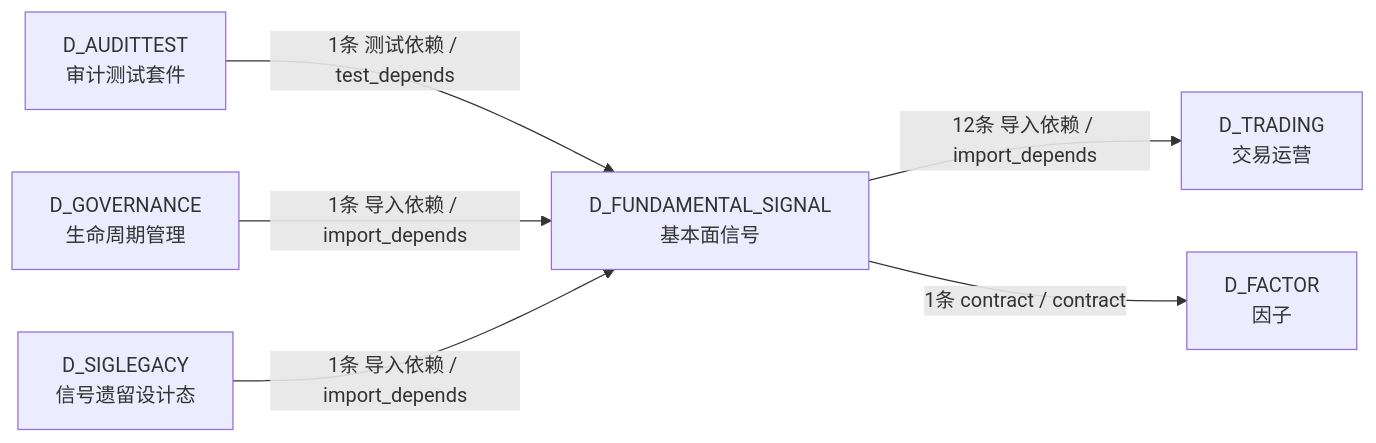
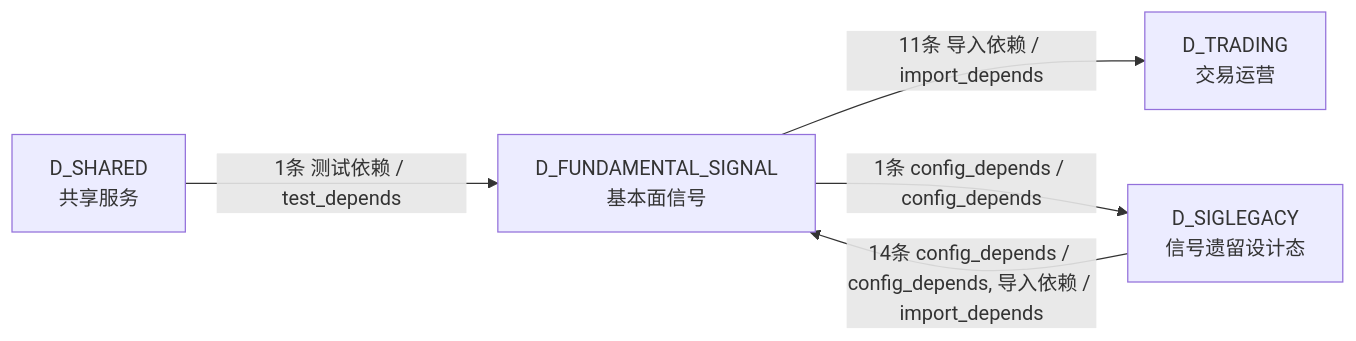
Before and after one commit to xuanFelixVan/ZephyrAlpha: the fourth of 4 diagrams in docs/02_enterprise_architecture/02_domain_architecture_docs/35_d_fundamental_signal.md, drawn with Mermaid. The commit also changed other lines of this file and 112 other files, not shown here.

````diff
--- a/docs/02_enterprise_architecture/02_domain_architecture_docs/35_d_fundamental_signal.md
+++ b/docs/02_enterprise_architecture/02_domain_architecture_docs/35_d_fundamental_signal.md
@@ -293,14 +256,11 @@
 ```mermaid
 graph LR
     D_FUNDAMENTAL_SIGNAL["D_FUNDAMENTAL_SIGNAL<br/>基本面信号"]
     D_TRADING["D_TRADING<br/>交易运营"]
-    D_FACTOR["D_FACTOR<br/>因子"]
-    D_AUDITTEST["D_AUDITTEST<br/>审计测试套件"]
-    D_GOVERNANCE["D_GOVERNANCE<br/>生命周期管理"]
     D_SIGLEGACY["D_SIGLEGACY<br/>信号遗留设计态"]
-    D_FUNDAMENTAL_SIGNAL -->|12条 导入依赖 / import_depends| D_TRADING
-    D_FUNDAMENTAL_SIGNAL -->|1条 contract / contract| D_FACTOR
-    D_AUDITTEST -->|1条 测试依赖 / test_depends| D_FUNDAMENTAL_SIGNAL
-    D_GOVERNANCE -->|1条 导入依赖 / import_depends| D_FUNDAMENTAL_SIGNAL
-    D_SIGLEGACY -->|1条 导入依赖 / import_depends| D_FUNDAMENTAL_SIGNAL
+    D_SHARED["D_SHARED<br/>共享服务"]
+    D_FUNDAMENTAL_SIGNAL -->|11条 导入依赖 / import_depends| D_TRADING
+    D_FUNDAMENTAL_SIGNAL -->|1条 config_depends / config_depends| D_SIGLEGACY
+    D_SIGLEGACY -->|14条 config_depends / config_depends, 导入依赖 / import_depends| D_FUNDAMENTAL_SIGNAL
+    D_SHARED -->|1条 测试依赖 / test_depends| D_FUNDAMENTAL_SIGNAL
 ```
````
